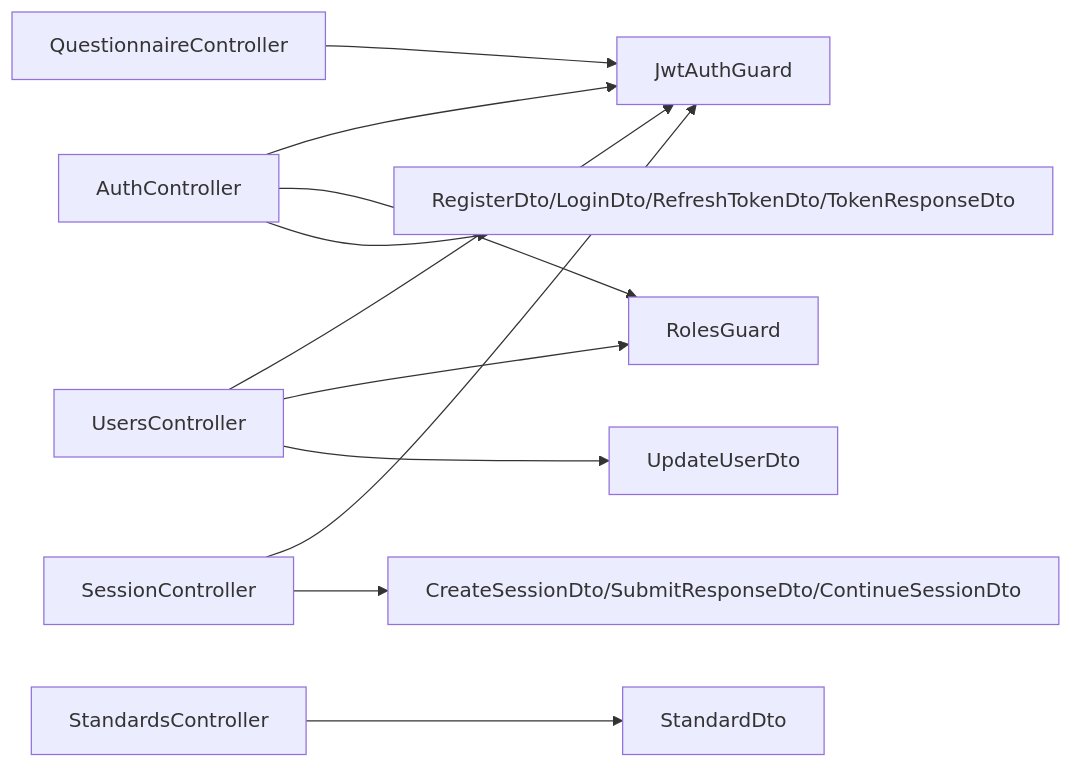
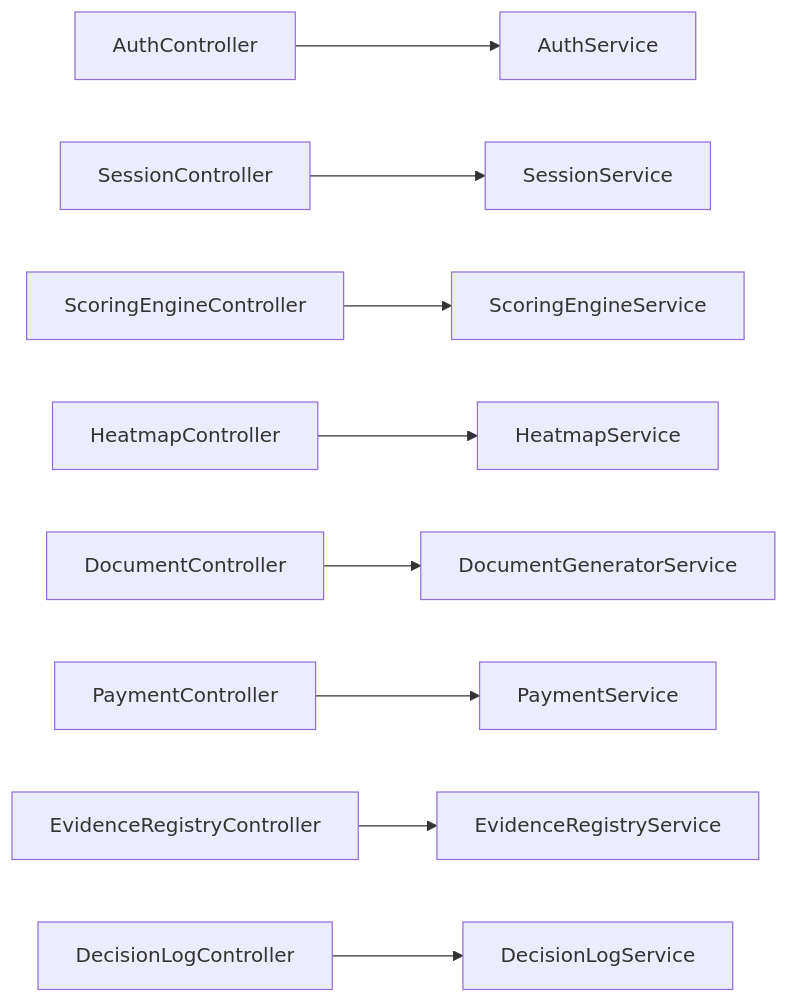
The third of 3 diagrams in .qoder/repowiki/en/content/API Reference/API Reference.md (BAS-More/Quiz2Biz), drawn with Mermaid before and after one commit. The commit also changed other lines of this file and 191 other files, not shown here.

````diff
--- a/.qoder/repowiki/en/content/API Reference/API Reference.md
+++ b/.qoder/repowiki/en/content/API Reference/API Reference.md
@@ -480,13 +642,11 @@
 ```mermaid
 graph LR
-AC["AuthController"] --> AG["JwtAuthGuard"]
-AC --> RG["RolesGuard"]
-AC --> RD["RegisterDto/LoginDto/RefreshTokenDto/TokenResponseDto"]
-UC["UsersController"] --> AG
-UC --> RG
-UC --> UUD["UpdateUserDto"]
-QC["QuestionnaireController"] --> AG
-SC["SessionController"] --> AG
-SC --> CSD["CreateSessionDto/SubmitResponseDto/ContinueSessionDto"]
-STC["StandardsController"] --> SD["StandardDto"]
+C1["AuthController"] --> S1["AuthService"]
+C2["SessionController"] --> S2["SessionService"]
+C3["ScoringEngineController"] --> S3["ScoringEngineService"]
+C4["HeatmapController"] --> S4["HeatmapService"]
+C5["DocumentController"] --> S5["DocumentGeneratorService"]
+C6["PaymentController"] --> S6["PaymentService"]
+C7["EvidenceRegistryController"] --> S7["EvidenceRegistryService"]
+C8["DecisionLogController"] --> S8["DecisionLogService"]
 ```
````
